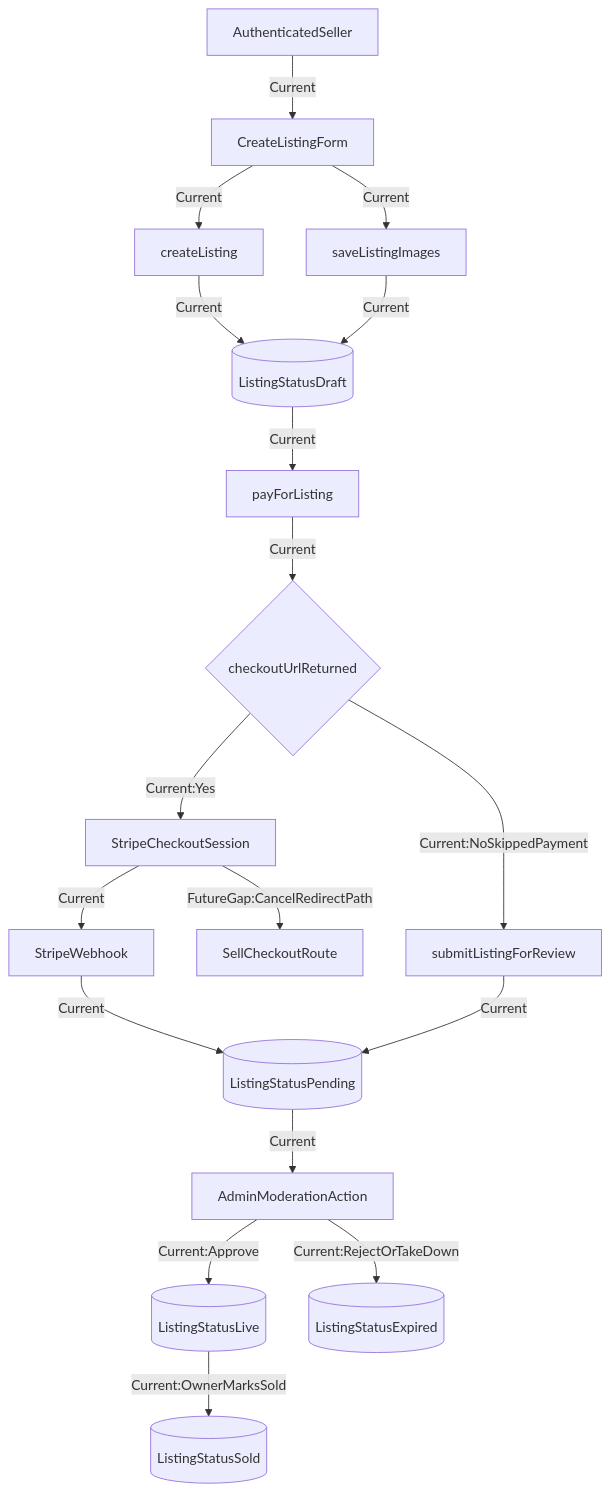
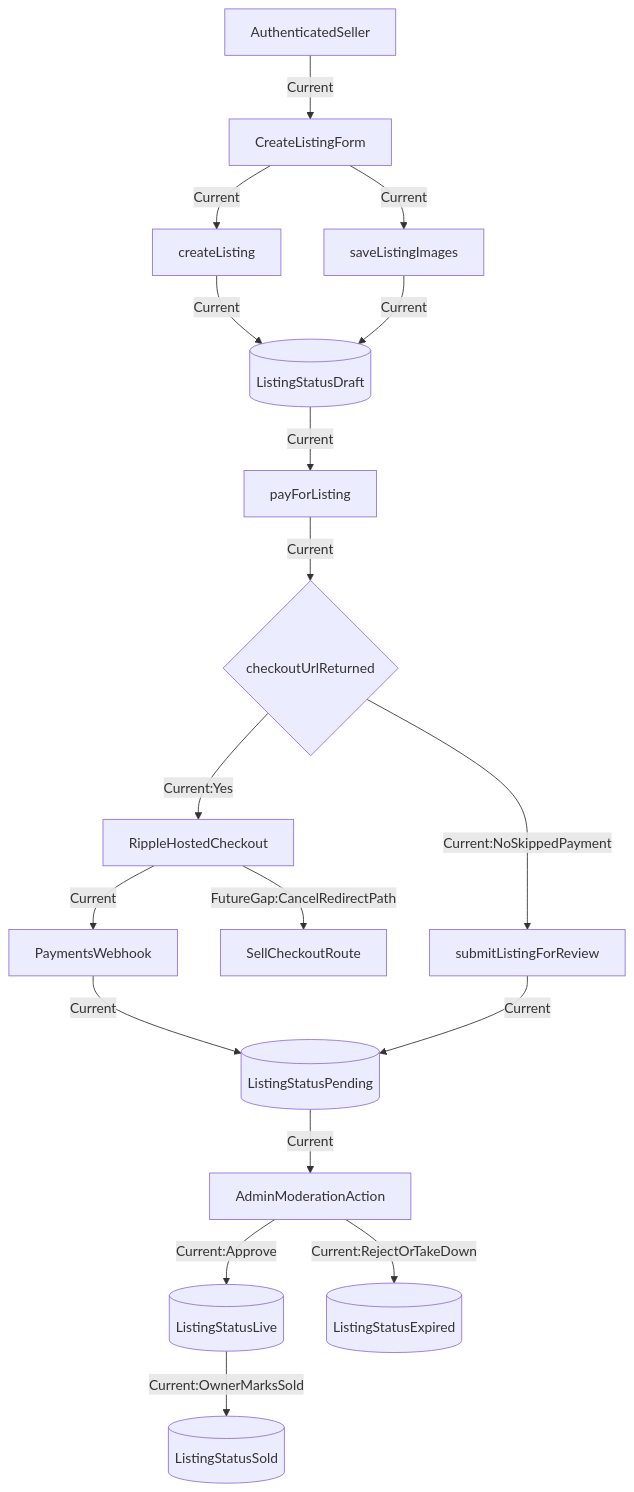
One commit to mattduff36/iommarket changed the diagram in docs/client-flow-listing-lifecycle.mmd. Above: the diagram before and after it, drawn with Mermaid. The commit also changed 48 other files, not shown here.

First line of the commit message:
feat: add provider-neutral payments flow

```diff
--- a/docs/client-flow-listing-lifecycle.mmd
+++ b/docs/client-flow-listing-lifecycle.mmd
@@ -1,35 +1,35 @@
 flowchart TD
   Seller[AuthenticatedSeller]
   Form[CreateListingForm]
   CreateAction[createListing]
   Draft[(ListingStatusDraft)]
   UploadImages[saveListingImages]
   PayAction[payForListing]
   Checkout{checkoutUrlReturned}
-  StripeCheckout[StripeCheckoutSession]
-  StripeWebhook[StripeWebhook]
+  RippleCheckout[RippleHostedCheckout]
+  PaymentsWebhook[PaymentsWebhook]
   Pending[(ListingStatusPending)]
   ReviewAction[submitListingForReview]
   AdminReview[AdminModerationAction]
   Live[(ListingStatusLive)]
   Sold[(ListingStatusSold)]
   Expired[(ListingStatusExpired)]
 
   Seller -->|"Current"| Form
   Form -->|"Current"| CreateAction
   CreateAction -->|"Current"| Draft
   Form -->|"Current"| UploadImages
   UploadImages -->|"Current"| Draft
   Draft -->|"Current"| PayAction
   PayAction -->|"Current"| Checkout
-  Checkout -->|"Current:Yes"| StripeCheckout
-  StripeCheckout -->|"Current"| StripeWebhook
-  StripeWebhook -->|"Current"| Pending
+  Checkout -->|"Current:Yes"| RippleCheckout
+  RippleCheckout -->|"Current"| PaymentsWebhook
+  PaymentsWebhook -->|"Current"| Pending
   Checkout -->|"Current:NoSkippedPayment"| ReviewAction
   ReviewAction -->|"Current"| Pending
   Pending -->|"Current"| AdminReview
   AdminReview -->|"Current:Approve"| Live
   AdminReview -->|"Current:RejectOrTakeDown"| Expired
   Live -->|"Current:OwnerMarksSold"| Sold
 
-  StripeCheckout -->|"FutureGap:CancelRedirectPath"| SellCheckoutRoute
+  RippleCheckout -->|"FutureGap:CancelRedirectPath"| SellCheckoutRoute
```
